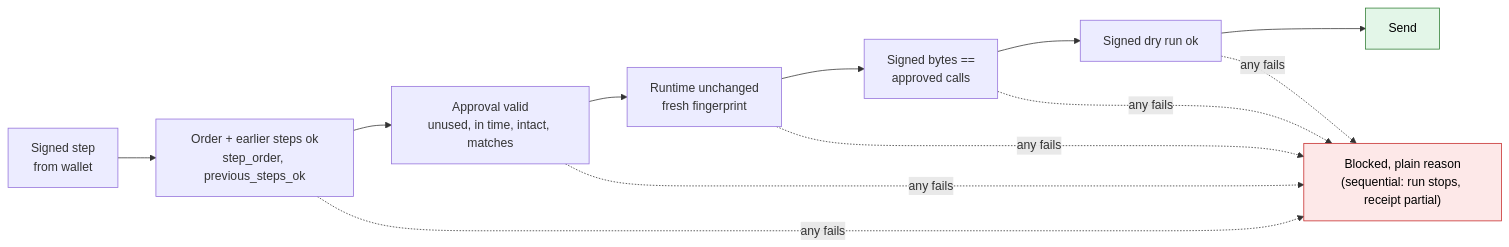
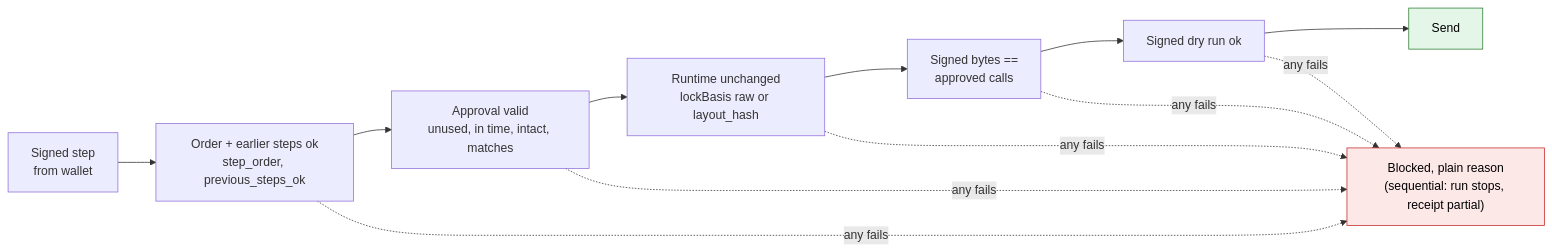
Before and after one commit to rishu4436/seam-portaldot: the second of 2 diagrams in docs/architecture.md, drawn with Mermaid. The commit also changed other lines of this file and 13 other files, not shown here.

````diff
--- a/docs/architecture.md
+++ b/docs/architecture.md
@@ -58,13 +67,13 @@
 ```mermaid
 flowchart LR
   IN["Signed step<br/>from wallet"] --> K1["Order + earlier steps ok<br/>step_order, previous_steps_ok"]
   K1 --> K2["Approval valid<br/>unused, in time, intact, matches"]
-  K2 --> K3["Runtime unchanged<br/>fresh fingerprint"]
+  K2 --> K3["Runtime unchanged<br/>lockBasis raw or layout_hash"]
   K3 --> K4["Signed bytes ==<br/>approved calls"]
   K4 --> K5["Signed dry run ok"]
   K5 --> OK["Send"]
   K1 & K2 & K3 & K4 & K5 -. "any fails" .-> NO["Blocked, plain reason<br/>(sequential: run stops, receipt partial)"]
   classDef ok fill:#e3f6e8,stroke:#2e7d32,color:#000;
   classDef no fill:#fde8e8,stroke:#c62828,color:#000;
   class OK ok; class NO no;
 ```
````
